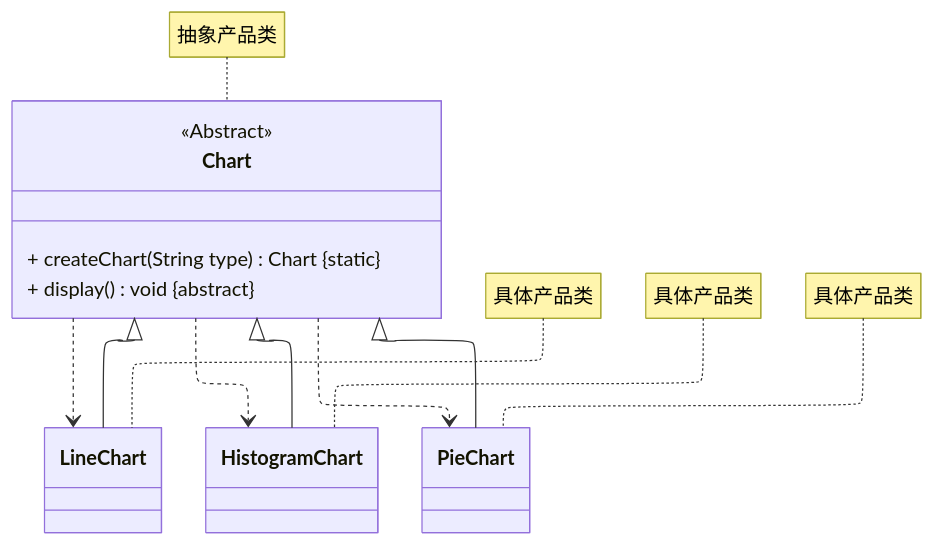
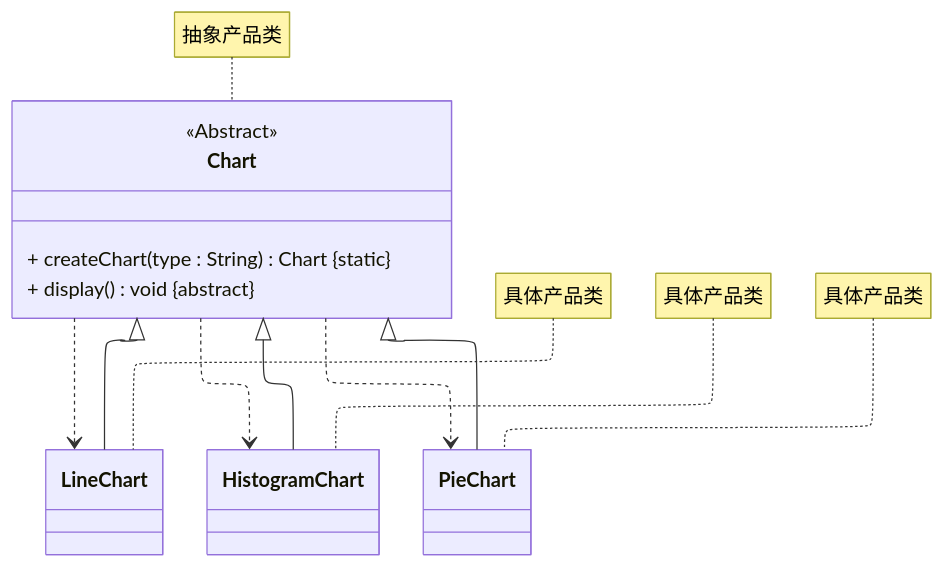
Before and after one commit to LoveC521/LearningCode: the second of 2 diagrams in 软件工程/设计模式/02_简单工厂模式/Java/01_简单工厂模式的实现/README.md, drawn with Mermaid. The commit also changed other lines of this file and 1 other file, not shown here.

Commit message:
修复 UML 图中错误的类型声明

````diff
--- a/软件工程/设计模式/02_简单工厂模式/Java/01_简单工厂模式的实现/README.md
+++ b/软件工程/设计模式/02_简单工厂模式/Java/01_简单工厂模式的实现/README.md
@@ -50,32 +50,32 @@
 ```mermaid
 ---
 config:
   layout: elk
   elk:
     mergeEdges: false
     nodePlacementStrategy: NETWORK_SIMPLEX
 
 ---
 classDiagram
     class Chart  {
-        + createChart(String type) Chart #123;static#125;
+        + createChart(type : String) Chart #123;static#125;
         + display() void  #123;abstract#125;
     }
     <<Abstract>> Chart
     class LineChart
     class HistogramChart
     class PieChart
     
 
     Chart <|-- LineChart
     Chart <|-- HistogramChart
     Chart <|-- PieChart
     Chart ..> LineChart
     Chart ..> HistogramChart
     Chart ..> PieChart
 
     note for Chart "抽象产品类"
     note for LineChart "具体产品类"
     note for HistogramChart "具体产品类"
     note for PieChart "具体产品类"
 ```
````
